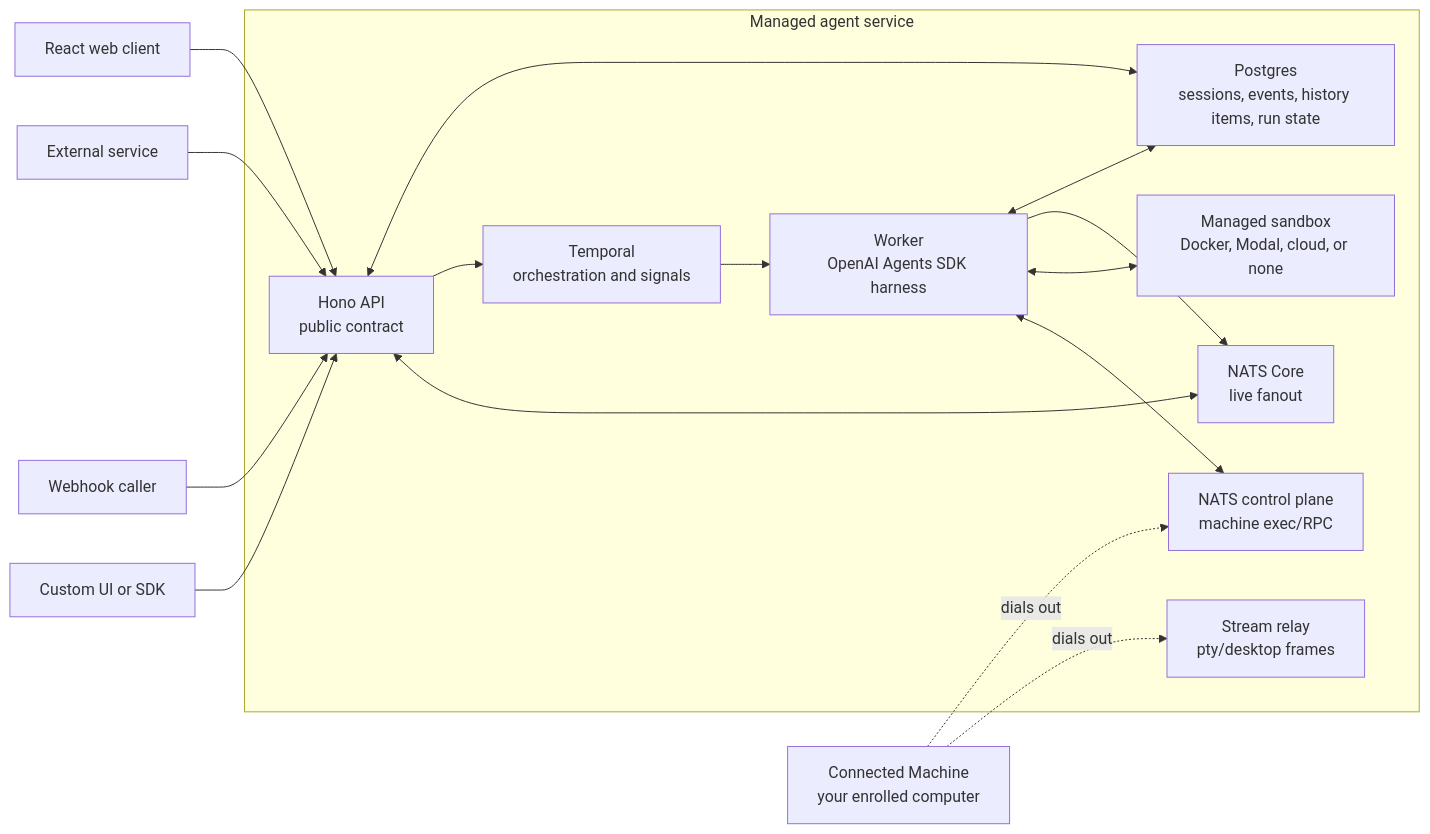
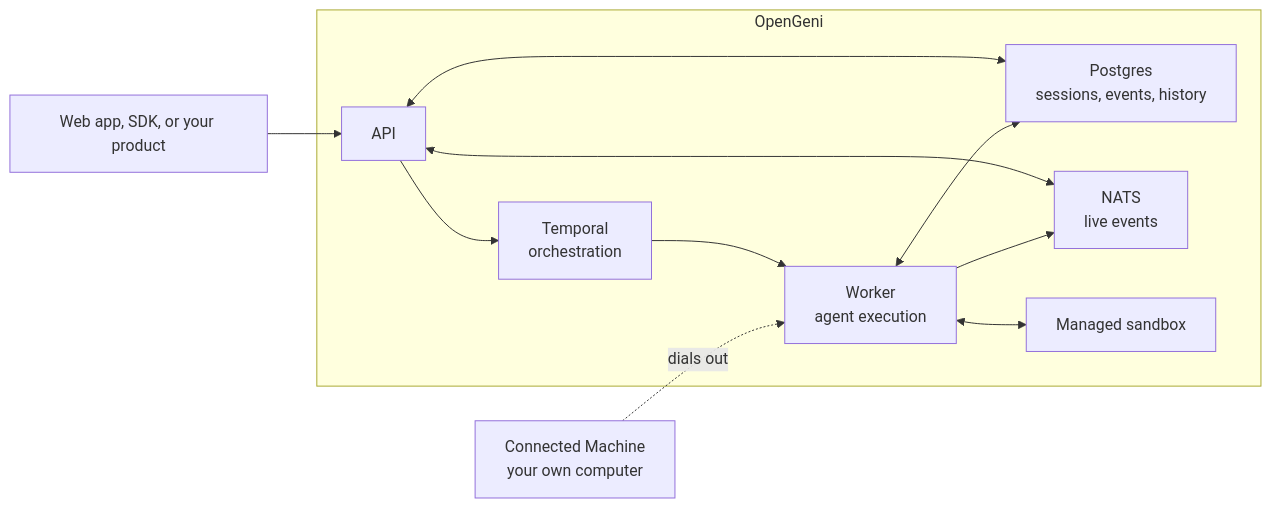
Before and after one commit to Cloudgeni-ai/opengeni: the diagram in README.md, drawn with Mermaid. The commit also changed other lines of this file and 9 other files, not shown here.

````diff
--- a/README.md
+++ b/README.md
@@ -67,35 +82,25 @@
 ```mermaid
 flowchart LR
-  Web["React web client"]
-  Service["External service"]
-  Webhook["Webhook caller"]
-  CustomUI["Custom UI or SDK"]
+  Client["Web app, SDK, or your product"]
 
-  subgraph Managed["Managed agent service"]
-    API["Hono API<br/>public contract"]
-    DB["Postgres<br/>sessions, events, history items, run state"]
-    Temporal["Temporal<br/>orchestration and signals"]
-    Worker["Worker<br/>OpenAI Agents SDK harness"]
-    NATS["NATS Core<br/>live fanout"]
-    Control["NATS control plane<br/>machine exec/RPC"]
-    Relay["Stream relay<br/>pty/desktop frames"]
-    Sandbox["Managed sandbox<br/>Docker, Modal, cloud, or none"]
+  subgraph OpenGeni
+    API["API"]
+    DB["Postgres<br/>sessions, events, history"]
+    Temporal["Temporal<br/>orchestration"]
+    Worker["Worker<br/>agent execution"]
+    NATS["NATS<br/>live events"]
+    Sandbox["Managed sandbox"]
   end
 
-  Machine["Connected Machine<br/>your enrolled computer"]
+  Machine["Connected Machine<br/>your own computer"]
 
-  Web --> API
-  Service --> API
-  Webhook --> API
-  CustomUI --> API
+  Client --> API
   API <--> DB
   API --> Temporal
   API <--> NATS
   Temporal --> Worker
   Worker <--> DB
   Worker --> NATS
   Worker <--> Sandbox
-  Worker <--> Control
-  Machine -. dials out .-> Control
-  Machine -. dials out .-> Relay
+  Machine -. dials out .-> Worker
 ```
````
